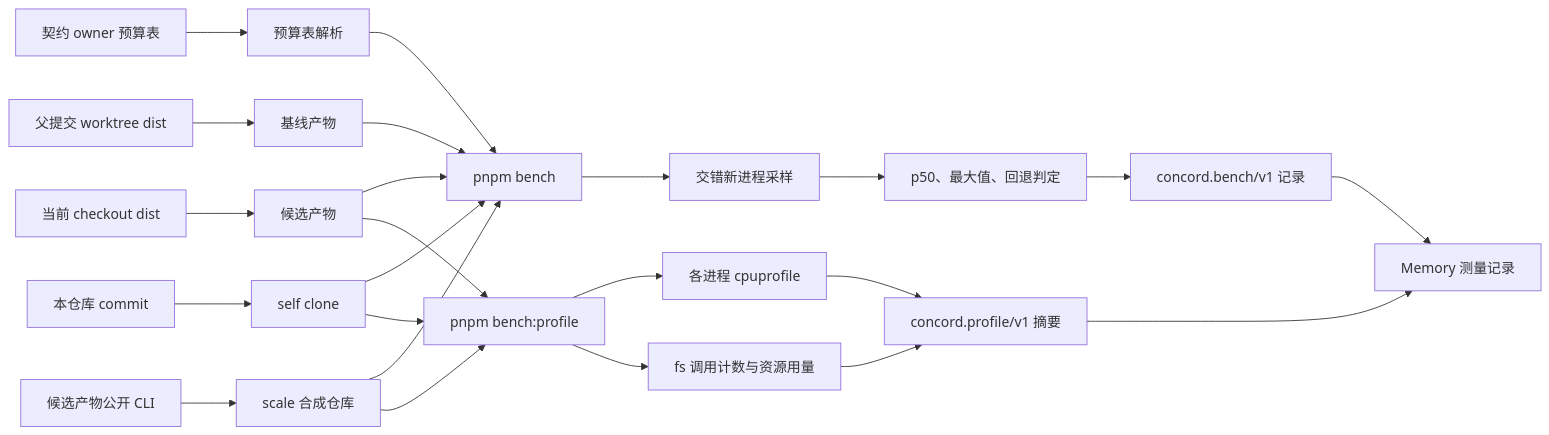
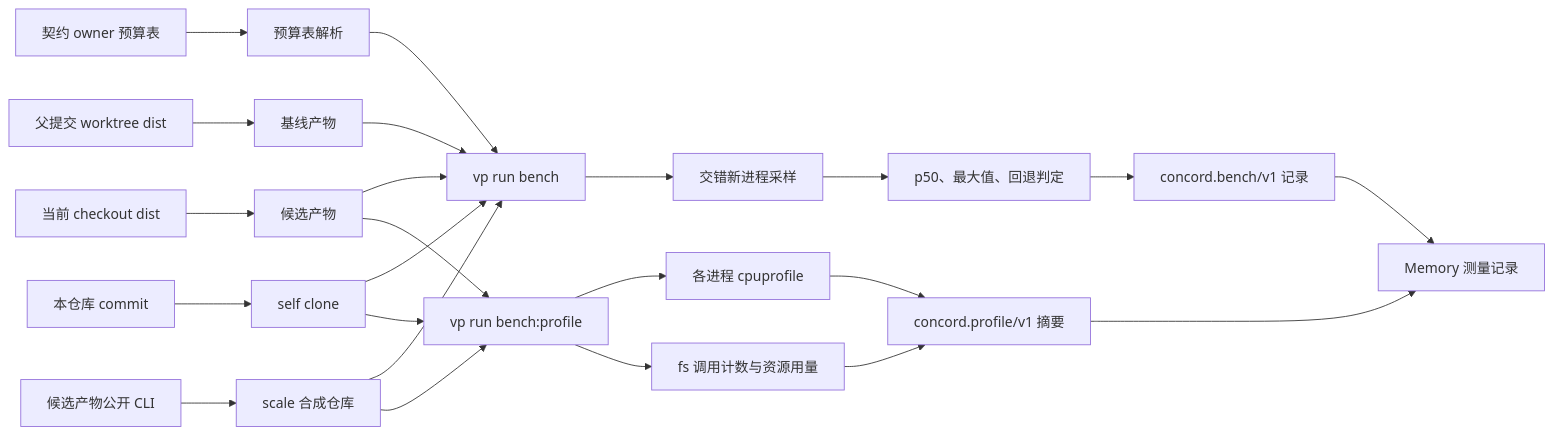
The diagram in docs/engineering/concord-self-hosting/performance.md (CorrectRoadH/Concord), drawn with Mermaid before and after one commit. The commit also changed other lines of this file and 14 other files, not shown here.

````diff
--- a/docs/engineering/concord-self-hosting/performance.md
+++ b/docs/engineering/concord-self-hosting/performance.md
@@ -78,25 +78,25 @@
 ```mermaid
 flowchart LR
   Owners[契约 owner 预算表] --> Budgets[预算表解析]
   Checkout[当前 checkout dist] --> Candidate[候选产物]
   Parent[父提交 worktree dist] --> Baseline[基线产物]
   Commit[本仓库 commit] --> Self[self clone]
   CLI[候选产物公开 CLI] --> Scale[scale 合成仓库]
-  Budgets --> Bench[pnpm bench]
+  Budgets --> Bench[vp run bench]
   Candidate --> Bench
   Baseline --> Bench
   Self --> Bench
   Scale --> Bench
   Bench --> Samples[交错新进程采样]
   Samples --> Verdict[p50、最大值、回退判定]
   Verdict --> Record[concord.bench/v1 记录]
-  Candidate --> Profile[pnpm bench:profile]
+  Candidate --> Profile[vp run bench:profile]
   Self --> Profile
   Scale --> Profile
   Profile --> CPU[各进程 cpuprofile]
   Profile --> FS[fs 调用计数与资源用量]
   CPU --> Summary[concord.profile/v1 摘要]
   FS --> Summary
   Record --> Memory[Memory 测量记录]
   Summary --> Memory
 ```
````
